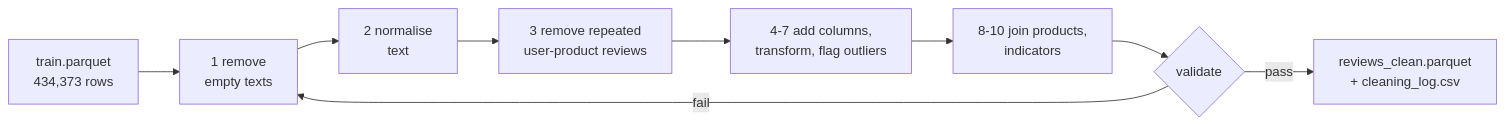
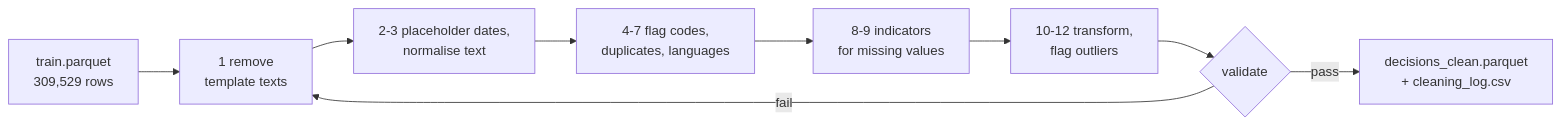
One commit to khoadaniel/statistical-programming-mpmd-htw-ws-2026 changed the first of 3 diagrams in sessions/04-data-quality/theory/03-multivariate-outliers-transformations-pipeline.md. Above: the diagram before and after it, drawn with Mermaid. The commit also changed other lines of this file and 268 other files, not shown here.

````diff
--- a/sessions/04-data-quality/theory/03-multivariate-outliers-transformations-pipeline.md
+++ b/sessions/04-data-quality/theory/03-multivariate-outliers-transformations-pipeline.md
@@ -5,11 +5,11 @@
 ```mermaid
 flowchart LR
-    RAW["train.parquet<br/>434,373 rows"] --> S1["1 remove<br/>empty texts"]
-    S1 --> S2["2 normalise<br/>text"]
-    S2 --> S3["3 remove repeated<br/>user-product reviews"]
-    S3 --> S4["4-7 add columns,<br/>transform, flag outliers"]
-    S4 --> S5["8-10 join products,<br/>indicators"]
+    RAW["train.parquet<br/>309,529 rows"] --> S1["1 remove<br/>template texts"]
+    S1 --> S2["2-3 placeholder dates,<br/>normalise text"]
+    S2 --> S3["4-7 flag codes,<br/>duplicates, languages"]
+    S3 --> S4["8-9 indicators<br/>for missing values"]
+    S4 --> S5["10-12 transform,<br/>flag outliers"]
     S5 --> V{"validate"}
-    V -->|pass| OUT["reviews_clean.parquet<br/>+ cleaning_log.csv"]
+    V -->|pass| OUT["decisions_clean.parquet<br/>+ cleaning_log.csv"]
     V -->|fail| S1
 ```
````
